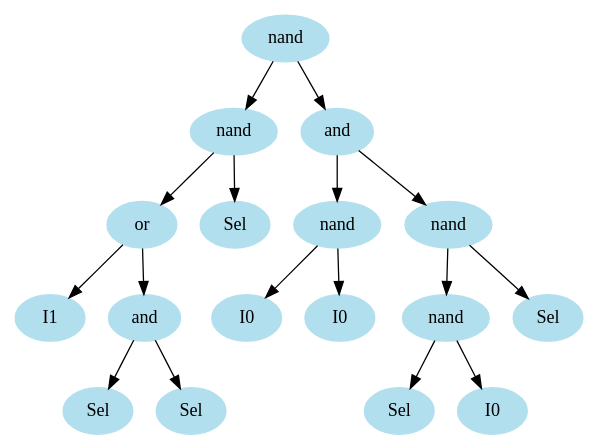
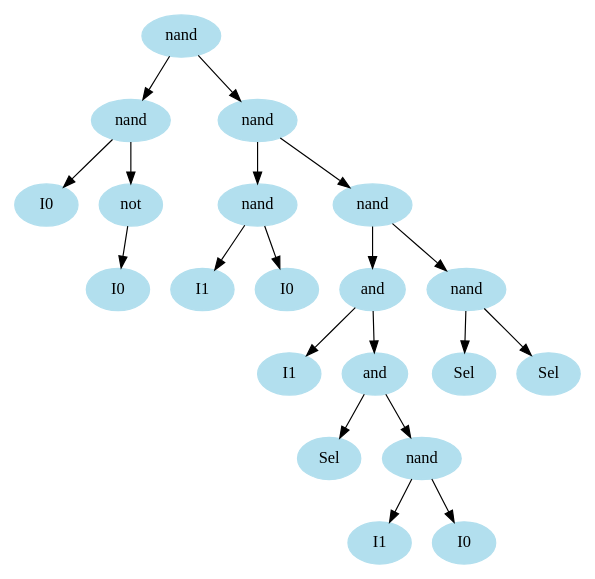
Before and after one commit to king2b3/GP: the diagram in temp/Starting_AST.gv, drawn with Graphviz. The commit also changed 3 other files, not shown here.

```diff
--- a/temp/Starting_AST.gv
+++ b/temp/Starting_AST.gv
@@ -1,37 +1,43 @@
 digraph unix {
 	node [color=lightblue2 style=filled]
 	size="6,6"
 	gate_0 [label=nand]
 	gate_1 [label=nand]
-	gate_2 [label=or]
-	ins_0 [label=I1]
-	gate_3 [label=and]
-	ins_1 [label=Sel]
-	ins_2 [label=Sel]
-	ins_3 [label=Sel]
-	gate_4 [label=and]
+	ins_0 [label=I0]
+	gate_2 [label=not]
+	ins_1 [label=I0]
+	gate_3 [label=nand]
+	gate_4 [label=nand]
+	ins_2 [label=I1]
+	ins_3 [label=I0]
 	gate_5 [label=nand]
-	ins_4 [label=I0]
-	ins_5 [label=I0]
-	gate_6 [label=nand]
-	gate_7 [label=nand]
-	ins_6 [label=Sel]
+	gate_6 [label=and]
+	ins_4 [label=I1]
+	gate_7 [label=and]
+	ins_5 [label=Sel]
+	gate_8 [label=nand]
+	ins_6 [label=I1]
 	ins_7 [label=I0]
+	gate_9 [label=nand]
 	ins_8 [label=Sel]
+	ins_9 [label=Sel]
 	gate_0 -> gate_1
-	gate_0 -> gate_4
+	gate_0 -> gate_3
+	gate_1 -> ins_0
 	gate_1 -> gate_2
-	gate_1 -> ins_3
-	gate_2 -> ins_0
-	gate_2 -> gate_3
-	gate_3 -> ins_1
-	gate_3 -> ins_2
-	gate_4 -> gate_5
-	gate_4 -> gate_6
-	gate_5 -> ins_4
-	gate_5 -> ins_5
+	gate_2 -> ins_1
+	gate_3 -> gate_4
+	gate_3 -> gate_5
+	gate_4 -> ins_2
+	gate_4 -> ins_3
+	gate_5 -> gate_6
+	gate_5 -> gate_9
+	gate_6 -> ins_4
 	gate_6 -> gate_7
-	gate_6 -> ins_8
-	gate_7 -> ins_6
-	gate_7 -> ins_7
+	gate_7 -> ins_5
+	gate_7 -> gate_8
+	gate_8 -> ins_6
+	gate_8 -> ins_7
+	gate_9 -> ins_8
+	gate_9 -> ins_9
 }
```
